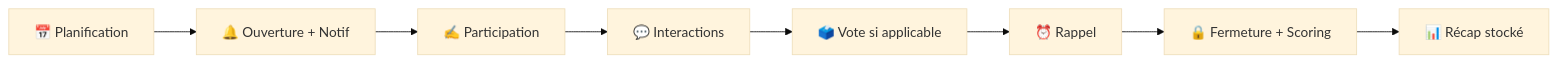
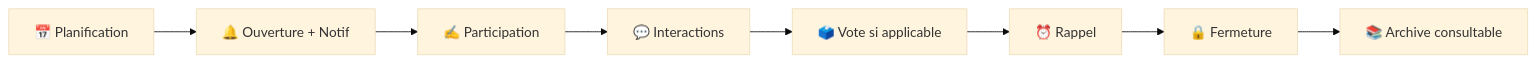
The first of 6 diagrams in README.md (Adrien490/jimboa), drawn with Mermaid (base theme) before and after one commit. The commit also changed other lines of this file and 1 other file, not shown here.

````diff
--- a/README.md
+++ b/README.md
@@ -69,10 +66,10 @@
 ```mermaid
 graph LR
     A[📅 Planification] --> B[🔔 Ouverture + Notif]
     B --> C[✍️ Participation]
     C --> D[💬 Interactions]
     D --> E[🗳️ Vote si applicable]
     E --> F[⏰ Rappel]
-    F --> G[🔒 Fermeture + Scoring]
-    G --> H[📊 Récap stocké]
+    F --> G[🔒 Fermeture]
+    G --> H[📚 Archive consultable]
 ```
````
